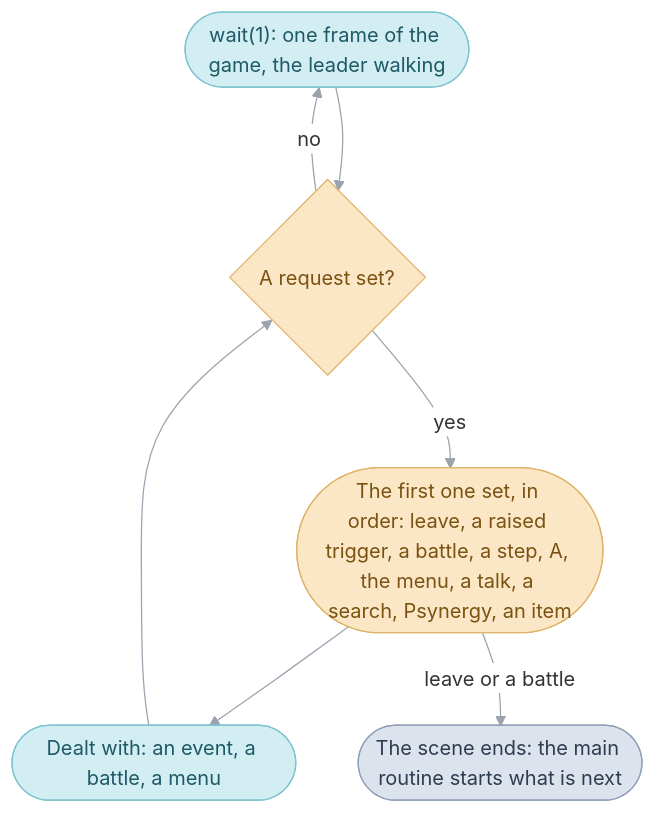
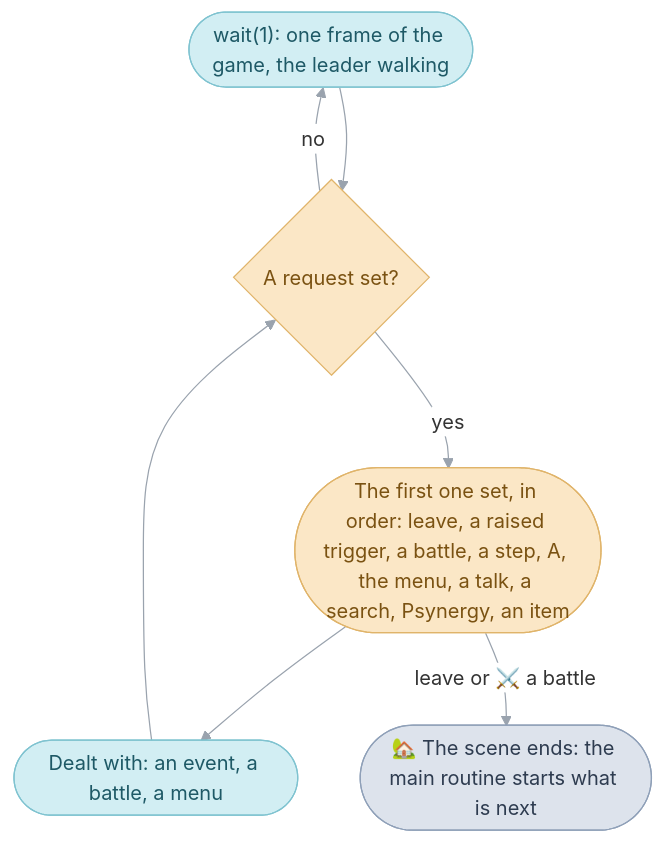
The diagram in games/tbs/field.md (PascalPixel/alchemy), drawn with Mermaid before and after one commit. The commit also changed other lines of this file and 5 other files, not shown here.

````diff
--- a/games/tbs/field.md
+++ b/games/tbs/field.md
@@ -43,16 +43,16 @@
 ```mermaid
 %%{init: {"theme": "base", "themeVariables": {"lineColor": "#9AA3AE", "edgeLabelBackground": "#FFFFFF"}, "flowchart": {"curve": "basis", "padding": 12}}}%%
 flowchart TD
   walk(["wait(1): one frame of the game, the leader walking"]) --> any{"A request set?"}
   any -- no --> walk
   any -- yes --> first(["The first one set, in order: leave, a raised trigger, a battle, a step, A, the menu, a talk, a search, Psynergy, an item"])
   first --> handle(["Dealt with: an event, a battle, a menu"])
   handle --> any
-  first -- "leave or a battle" --> ends(["The scene ends: the main routine starts what is next"])
+  first -- "leave or ⚔️ a battle" --> ends(["🏡 The scene ends: the main routine starts what is next"])
   classDef frame fill:#D2EEF3,stroke:#7FC3D0,color:#1E5966
   classDef request fill:#FBE7C6,stroke:#E0B46A,color:#7A5212
   classDef mainRoutine fill:#DDE3EC,stroke:#8FA0B8,color:#2E3C50
   class walk,handle frame
   class any,first request
   class ends mainRoutine
 ```
````
